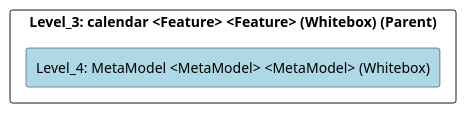
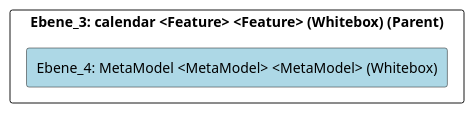
One commit to marcozwyssig/cleon changed the diagram in doc/cleonproject_deliverables_architecture_model_architecture/adoc/de/05_bausteinsicht/cleon/common/calendar/metamodel/ebene_4_metamodel.adoc. Above: the diagram before and after it, drawn with PlantUML. The commit also changed other lines of this file and 214 other files, not shown here.

```diff
--- a/doc/cleonproject_deliverables_architecture_model_architecture/adoc/de/05_bausteinsicht/cleon/common/calendar/metamodel/ebene_4_metamodel.adoc
+++ b/doc/cleonproject_deliverables_architecture_model_architecture/adoc/de/05_bausteinsicht/cleon/common/calendar/metamodel/ebene_4_metamodel.adoc
@@ -20,24 +20,24 @@
-[plantuml, Level_4: MetaModel <MetaModel> <MetaModel> (Whitebox)BlockOverview, format="svg"]
+[plantuml, Ebene_4: MetaModel <MetaModel> <MetaModel> (Whitebox)BlockOverview, format="svg"]
 ----
-@startuml Level_4: MetaModel <MetaModel> <MetaModel> (Whitebox)BuildingBlockOverview
+@startuml Ebene_4: MetaModel <MetaModel> <MetaModel> (Whitebox)BuildingBlockOverview
 
 skinparam ranksep 10
 skinparam componentStyle rectangle
 skinparam shadowing false
 skinparam arrowColor lightblue
 skinparam arrowThickness 1.2
 skinparam rectangle {
   BackgroundColor White
   BorderColor #333
   RoundCorner 10
 }
 top to bottom direction
 
-component "Level_3: calendar <Feature> <Feature> (Whitebox) (Parent)" {
-    component "Level_4: MetaModel <MetaModel> <MetaModel> (Whitebox)" #lightblue {
+component "Ebene_3: calendar <Feature> <Feature> (Whitebox) (Parent)" {
+    component "Ebene_4: MetaModel <MetaModel> <MetaModel> (Whitebox)" #lightblue {
     }
 
 }
 
 @enduml
 ----
```
